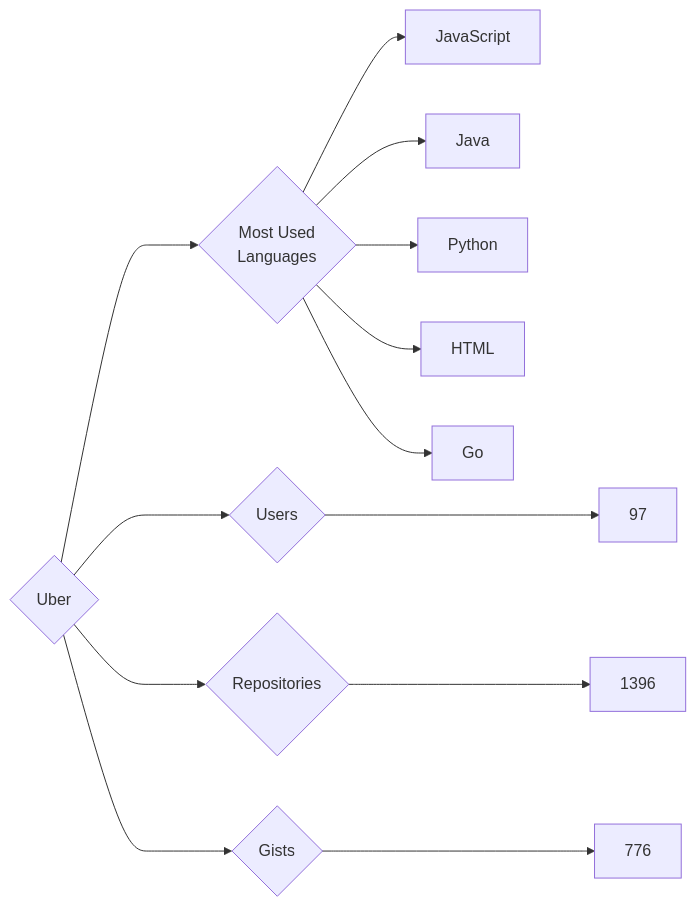
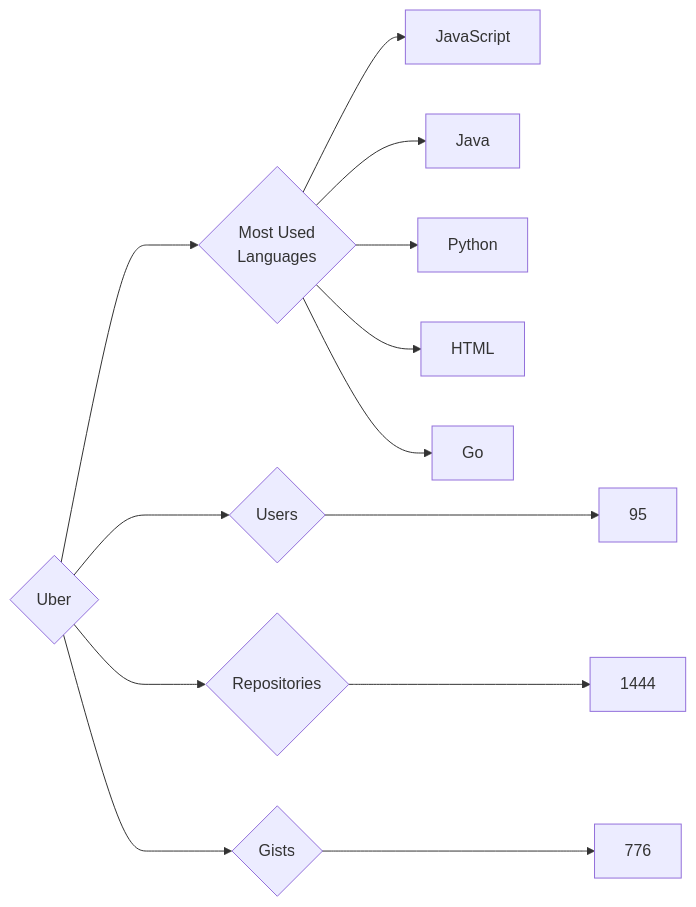
Before and after one commit to trickest/insiders: the diagram in targets/Uber/README.md, drawn with Mermaid. The commit also changed 1011 other files, not shown here.

````diff
--- a/targets/Uber/README.md
+++ b/targets/Uber/README.md
@@ -3,13 +3,13 @@
 ```mermaid
 graph LR
 COMPANY_NAME{Uber}
-COMPANY_NAME ---> U{Users} ---> UN[97]
-COMPANY_NAME ---> R{Repositories} ---> RN[1396]
+COMPANY_NAME ---> U{Users} ---> UN[95]
+COMPANY_NAME ---> R{Repositories} ---> RN[1444]
 COMPANY_NAME ---> G{Gists} ---> GN[776]
 COMPANY_NAME ---> ML{Most Used<br>Languages}
 ML --> JavaScript[JavaScript]
 ML --> Java[Java]
 ML --> Python[Python]
 ML --> HTML[HTML]
 ML --> Go[Go]
 ```
````
